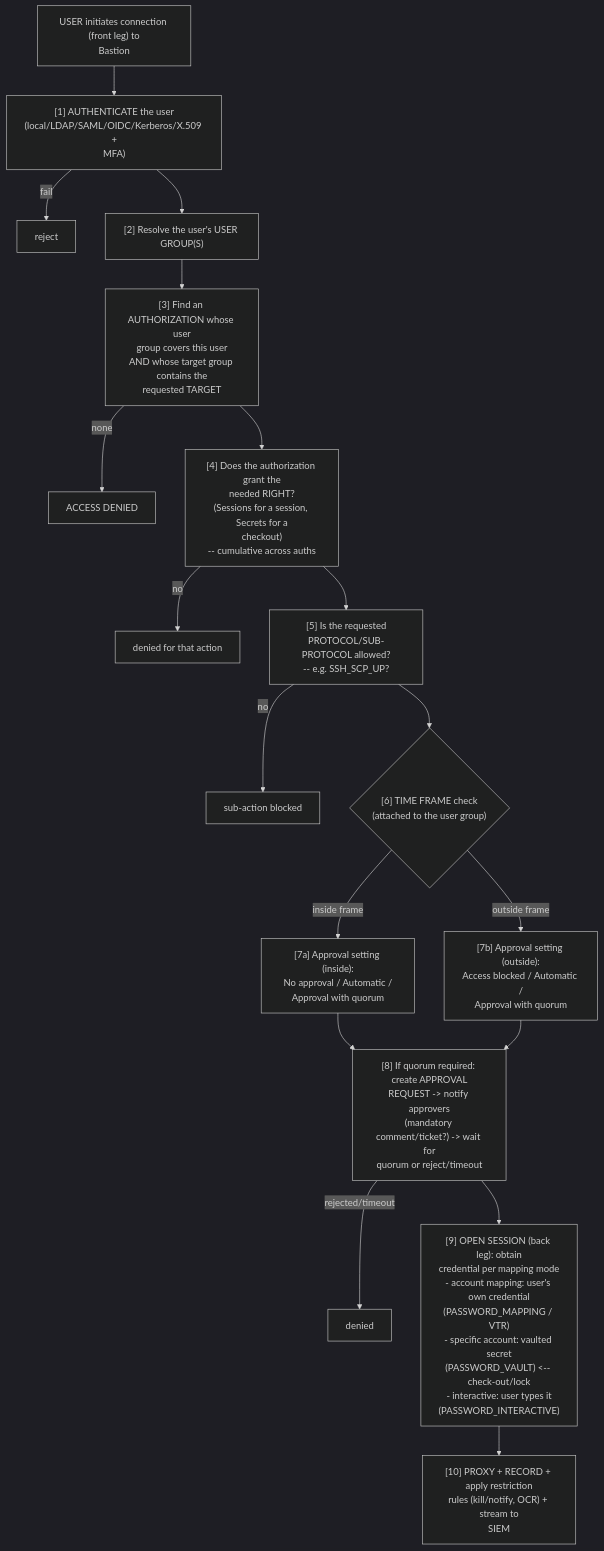
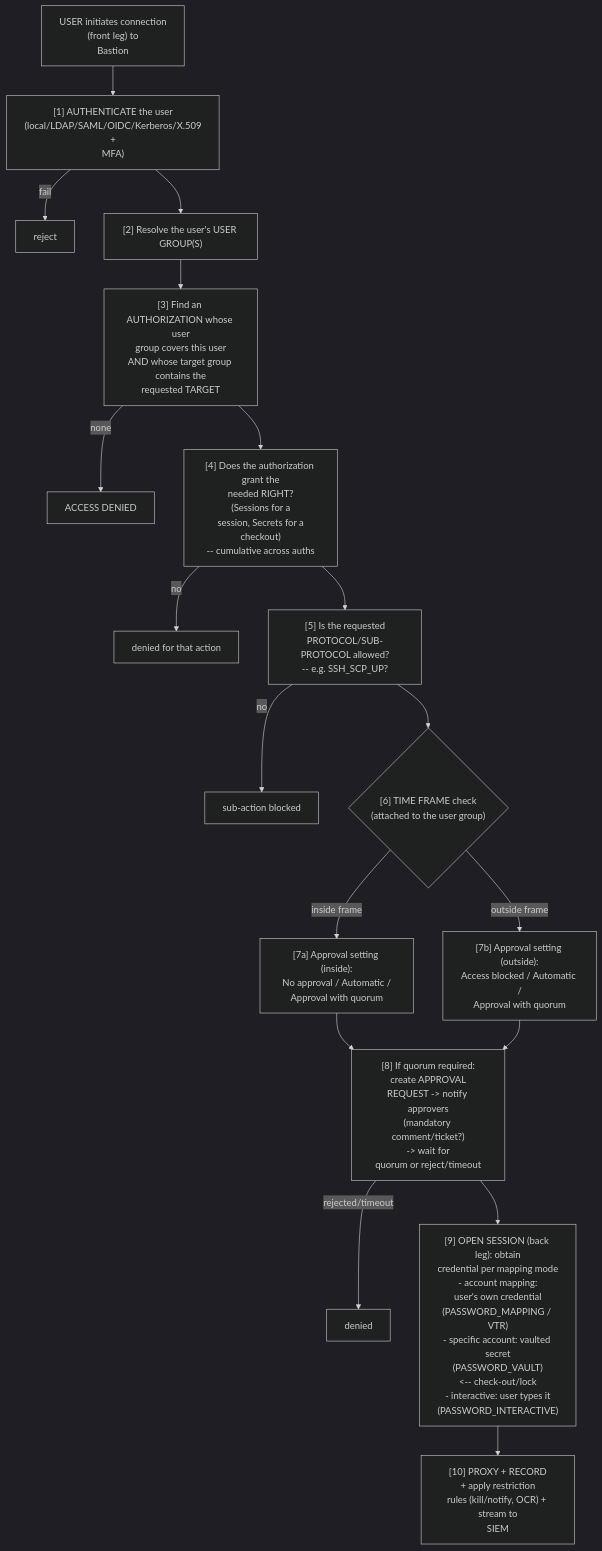
The third of 3 diagrams in certs/wallix/deep-dives/bastion-data-model.md (morandeirachema/WallixCerts), drawn with Mermaid (dark theme) before and after one commit. The commit also changed other lines of this file and 35 other files, not shown here.

First line of the commit message:
Tidy Mermaid boxes: balanced wrapping at a narrower width (36)

````diff
--- a/certs/wallix/deep-dives/bastion-data-model.md
+++ b/certs/wallix/deep-dives/bastion-data-model.md
@@ -230,20 +230,20 @@
 ```mermaid
 flowchart TD
-    Start["USER initiates connection (front leg) to<br/>Bastion"] --> S1
-    S1["[1] AUTHENTICATE the user<br/>(local/LDAP/SAML/OIDC/Kerberos/X.509 +<br/>MFA)"] -->|"fail"| Reject["reject"]
+    Start["USER initiates connection<br/>(front leg) to<br/>Bastion"] --> S1
+    S1["[1] AUTHENTICATE the user<br/>(local/LDAP/SAML/OIDC/Kerberos/X.509<br/>+<br/>MFA)"] -->|"fail"| Reject["reject"]
     S1 --> S2["[2] Resolve the user's USER GROUP(S)"]
     S2 --> S3["[3] Find an AUTHORIZATION whose user<br/>group covers this user<br/>AND whose target group contains the<br/>requested TARGET"]
     S3 -->|"none"| Denied["ACCESS DENIED"]
-    S3 --> S4["[4] Does the authorization grant the<br/>needed RIGHT?<br/>(Sessions for a session, Secrets for a<br/>checkout)<br/>-- cumulative across auths"]
+    S3 --> S4["[4] Does the authorization grant the<br/>needed RIGHT?<br/>(Sessions for a<br/>session, Secrets for a<br/>checkout)<br/>-- cumulative across auths"]
     S4 -->|"no"| DeniedAction["denied for that action"]
     S4 --> S5["[5] Is the requested<br/>PROTOCOL/SUB-PROTOCOL allowed?<br/>-- e.g. SSH_SCP_UP?"]
     S5 -->|"no"| Blocked["sub-action blocked"]
     S5 --> S6{"[6] TIME FRAME check<br/>(attached to the user group)"}
     S6 -->|"inside frame"| S7a["[7a] Approval setting (inside):<br/>No approval / Automatic /<br/>Approval with quorum"]
     S6 -->|"outside frame"| S7b["[7b] Approval setting (outside):<br/>Access blocked / Automatic /<br/>Approval with quorum"]
-    S7a --> S8["[8] If quorum required: create APPROVAL<br/>REQUEST -> notify approvers<br/>(mandatory comment/ticket?) -> wait for<br/>quorum or reject/timeout"]
+    S7a --> S8["[8] If quorum required:<br/>create APPROVAL<br/>REQUEST -> notify approvers<br/>(mandatory comment/ticket?)<br/>-> wait for<br/>quorum or reject/timeout"]
     S7b --> S8
     S8 -->|"rejected/timeout"| DeniedReq["denied"]
-    S8 --> S9["[9] OPEN SESSION (back leg): obtain<br/>credential per mapping mode<br/>- account mapping: user's own credential<br/>(PASSWORD_MAPPING / VTR)<br/>- specific account: vaulted secret<br/>(PASSWORD_VAULT) &lt;-- check-out/lock<br/>- interactive: user types it<br/>(PASSWORD_INTERACTIVE)"]
-    S9 --> S10["[10] PROXY + RECORD + apply restriction<br/>rules (kill/notify, OCR) + stream to<br/>SIEM"]
+    S8 --> S9["[9] OPEN SESSION (back leg): obtain<br/>credential per mapping mode<br/>- account mapping:<br/>user's own credential<br/>(PASSWORD_MAPPING / VTR)<br/>- specific account: vaulted secret<br/>(PASSWORD_VAULT)<br/>&lt;-- check-out/lock<br/>- interactive: user types it<br/>(PASSWORD_INTERACTIVE)"]
+    S9 --> S10["[10] PROXY + RECORD<br/>+ apply restriction<br/>rules (kill/notify, OCR) + stream to<br/>SIEM"]
 ```
````
